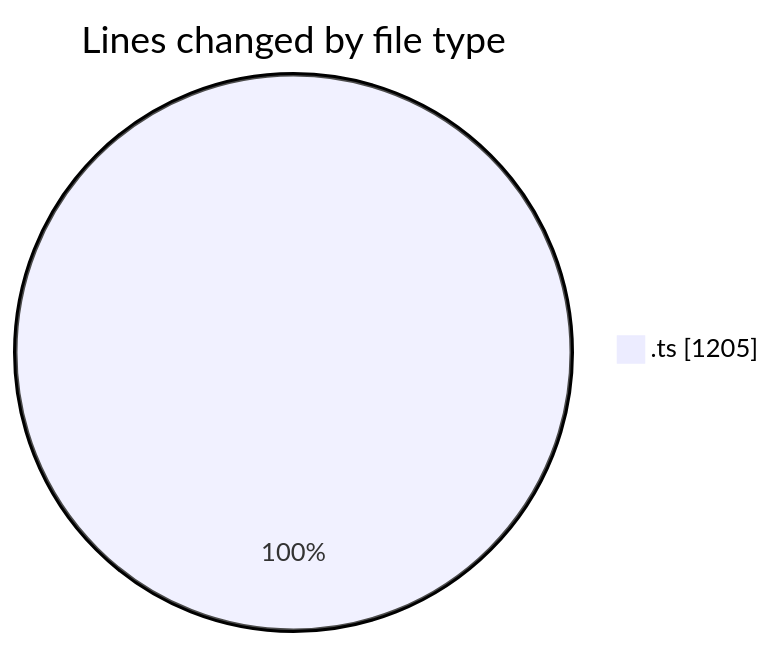
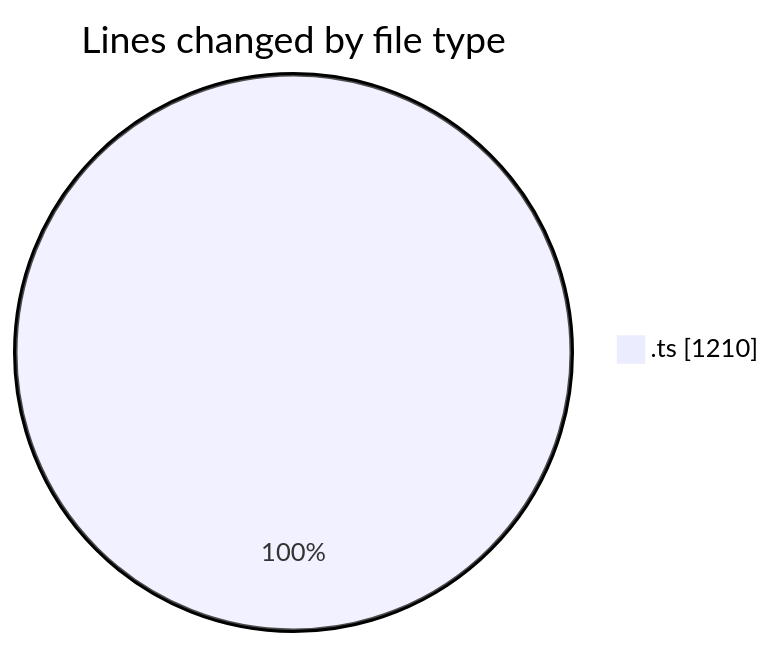
One commit to momahboobian/code-tracking changed the first of 2 diagrams in 2025-06-24/cda/README.md. Above: the diagram before and after it, drawn with Mermaid. The commit also changed other lines of this file and 1 other file, not shown here.

````diff
--- a/2025-06-24/cda/README.md
+++ b/2025-06-24/cda/README.md
@@ -21,5 +21,5 @@
 ```mermaid
 pie showData
 title Lines changed by file type
-".ts" : 1205
+".ts" : 1210
 ```
````
